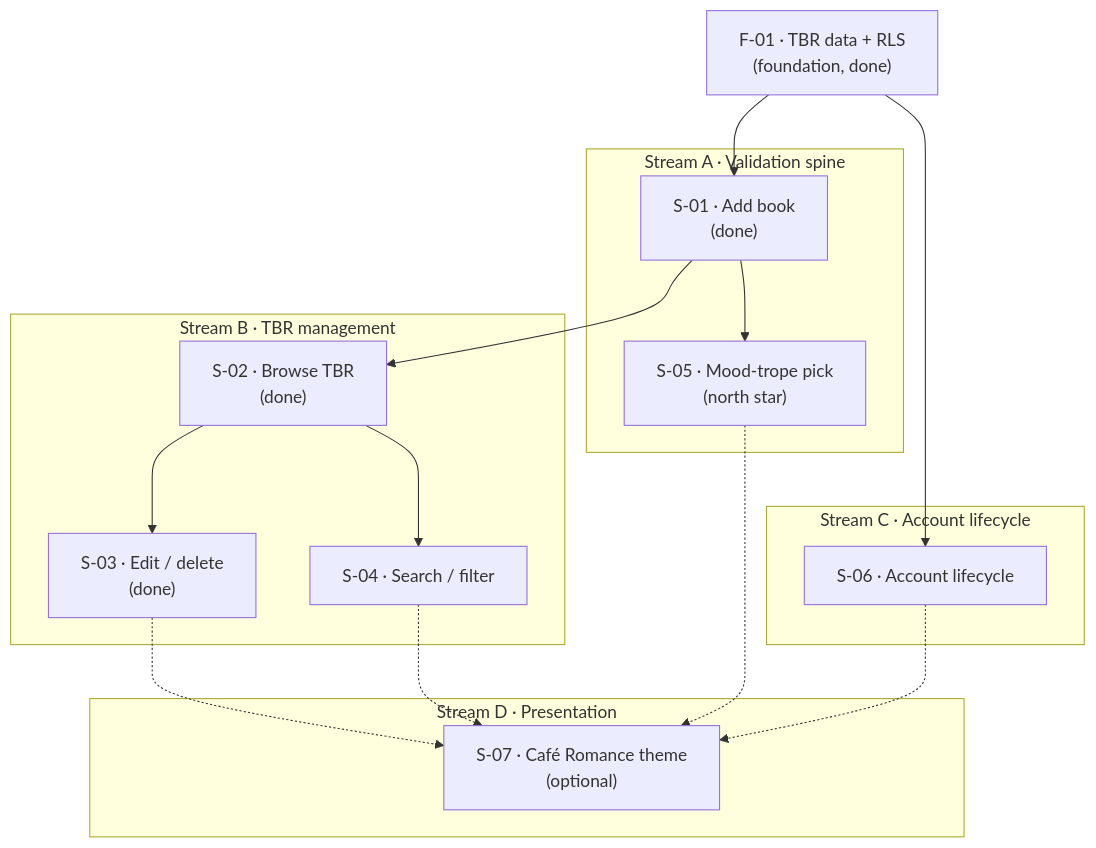
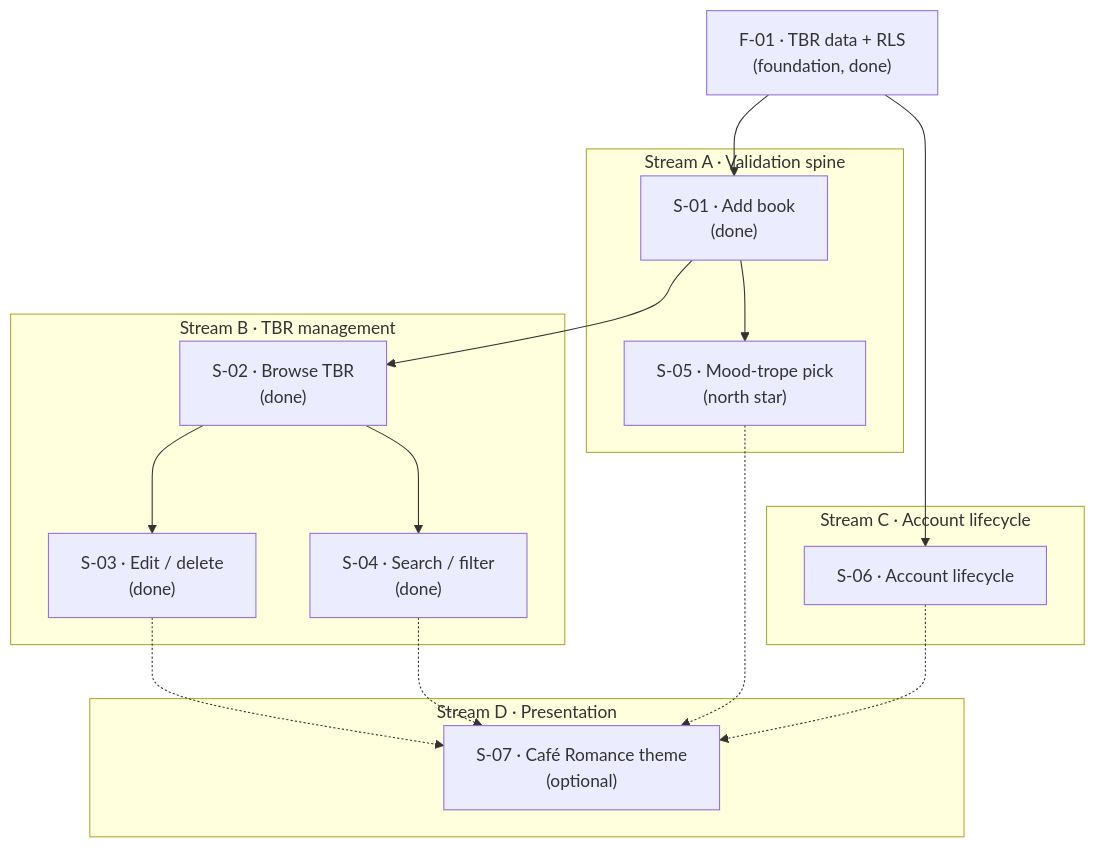
Before and after one commit to passiflora-nr/smart-tbr: the diagram in context/foundation/roadmap.md, drawn with Mermaid. The commit also changed other lines of this file and 5 other files, not shown here.

````diff
--- a/context/foundation/roadmap.md
+++ b/context/foundation/roadmap.md
@@ -58,34 +58,34 @@
 ```mermaid
 flowchart TB
   F01["F-01 · TBR data + RLS<br/>(foundation, done)"]
 
   subgraph A["Stream A · Validation spine"]
     S01["S-01 · Add book<br/>(done)"]
     S05["S-05 · Mood-trope pick<br/>(north star)"]
   end
 
   subgraph B["Stream B · TBR management"]
     S02["S-02 · Browse TBR<br/>(done)"]
     S03["S-03 · Edit / delete<br/>(done)"]
-    S04["S-04 · Search / filter"]
+    S04["S-04 · Search / filter<br/>(done)"]
   end
 
   subgraph C["Stream C · Account lifecycle"]
     S06["S-06 · Account lifecycle"]
   end
 
   subgraph D["Stream D · Presentation"]
     S07["S-07 · Café Romance theme<br/>(optional)"]
   end
 
   F01 --> S01
   F01 --> S06
   S01 --> S05
   S01 --> S02
   S02 --> S03
   S02 --> S04
   S03 -.-> S07
   S04 -.-> S07
   S05 -.-> S07
   S06 -.-> S07
 ```
````
